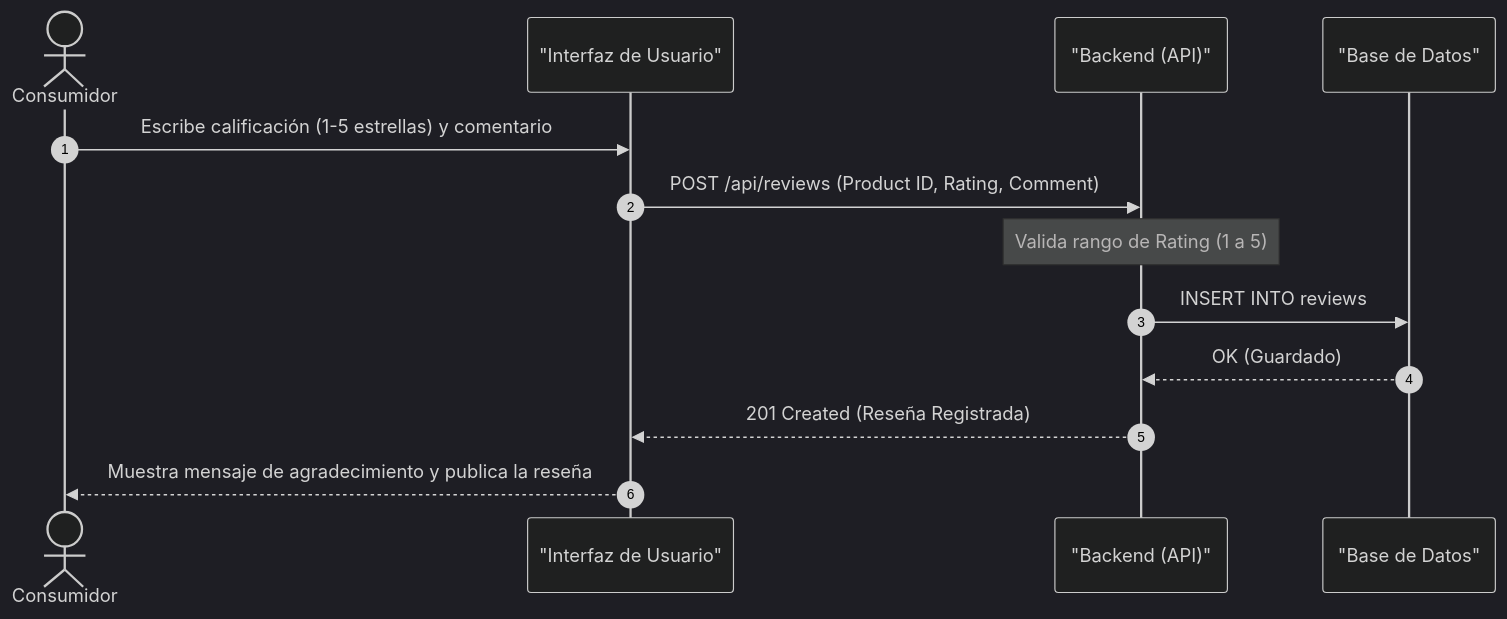
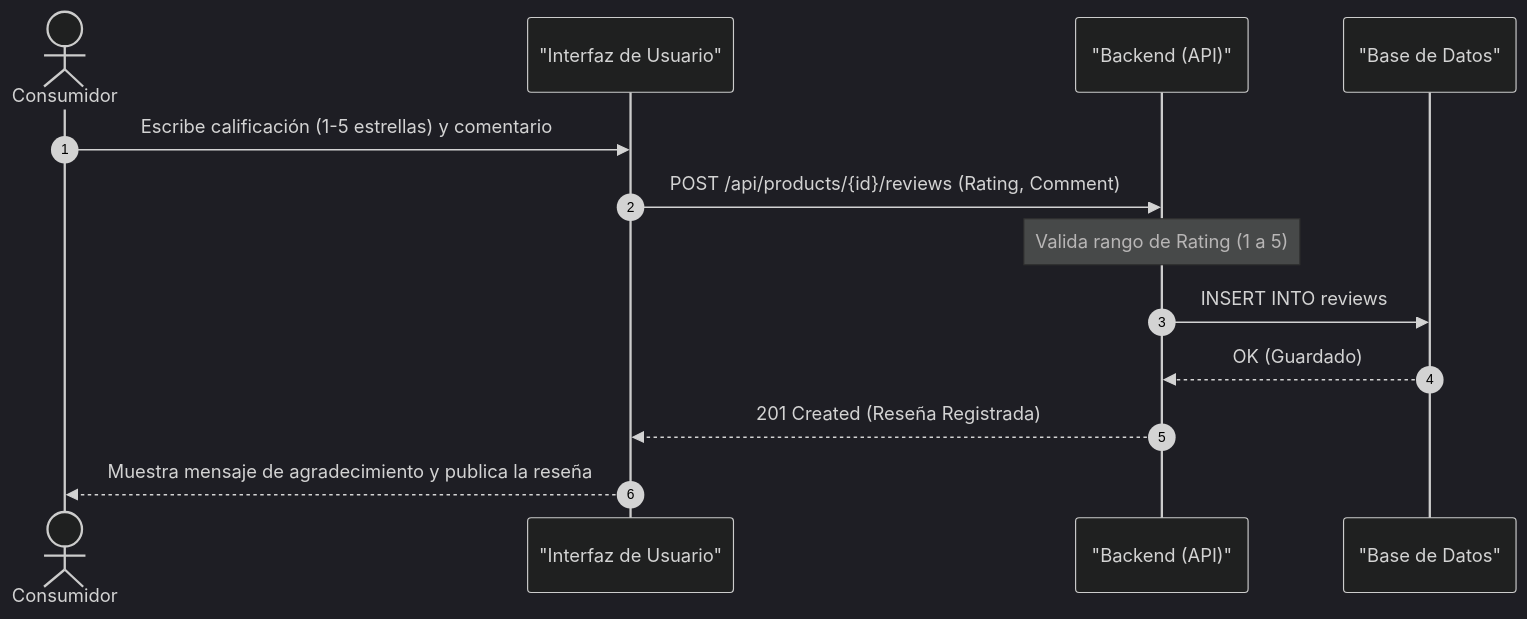
Before and after one commit to jbolivarz94/Diplomano.NET: the fifth of 6 diagrams in retos/proyecto-final/MarketPlace/README.md, drawn with Mermaid (dark theme). The commit also changed other lines of this file and 1 other file, not shown here.

````diff
--- a/retos/proyecto-final/MarketPlace/README.md
+++ b/retos/proyecto-final/MarketPlace/README.md
@@ -232,16 +214,16 @@
 ```mermaid
 sequenceDiagram
     autonumber
     actor Consumidor
     participant UI as "Interfaz de Usuario"
     participant API as "Backend (API)"
     participant DB as "Base de Datos"
 
     Consumidor->>UI: Escribe calificación (1-5 estrellas) y comentario
-    UI->>API: POST /api/reviews (Product ID, Rating, Comment)
+    UI->>API: POST /api/products/{id}/reviews (Rating, Comment)
     Note over API: Valida rango de Rating (1 a 5)
     API->>DB: INSERT INTO reviews
     DB-->>API: OK (Guardado)
     API-->>UI: 201 Created (Reseña Registrada)
     UI-->>Consumidor: Muestra mensaje de agradecimiento y publica la reseña
 ```
````
